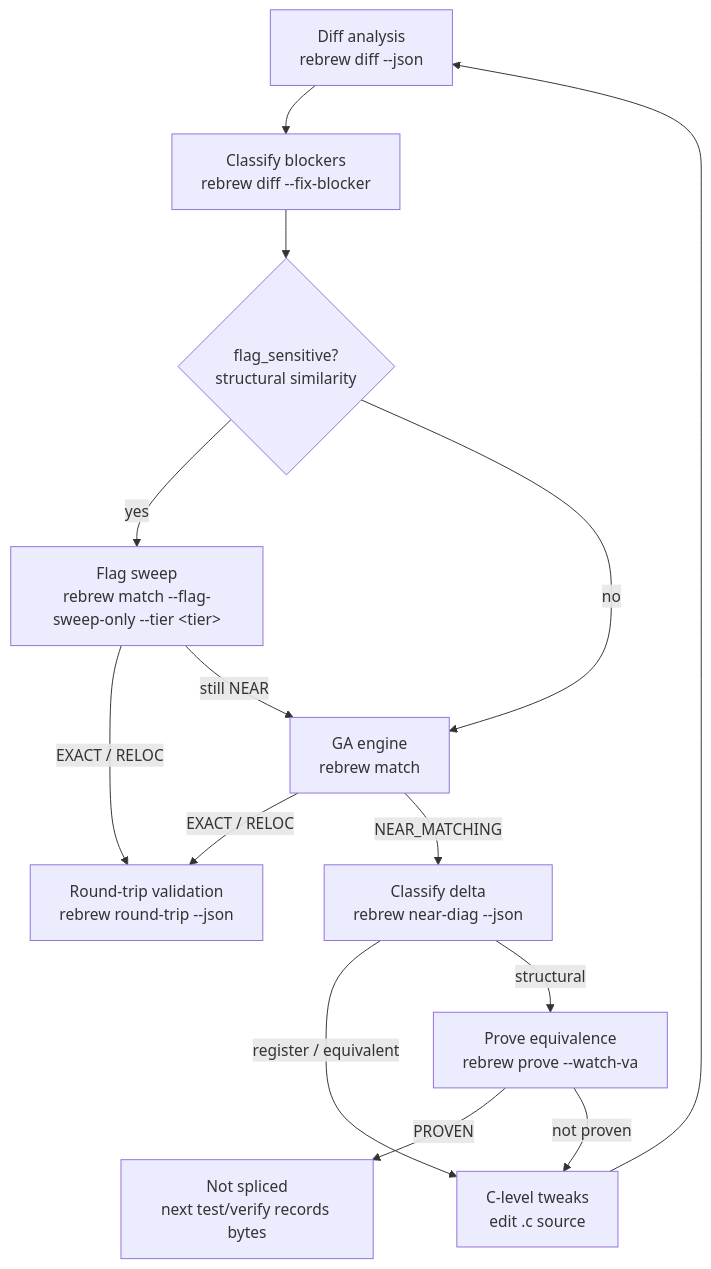
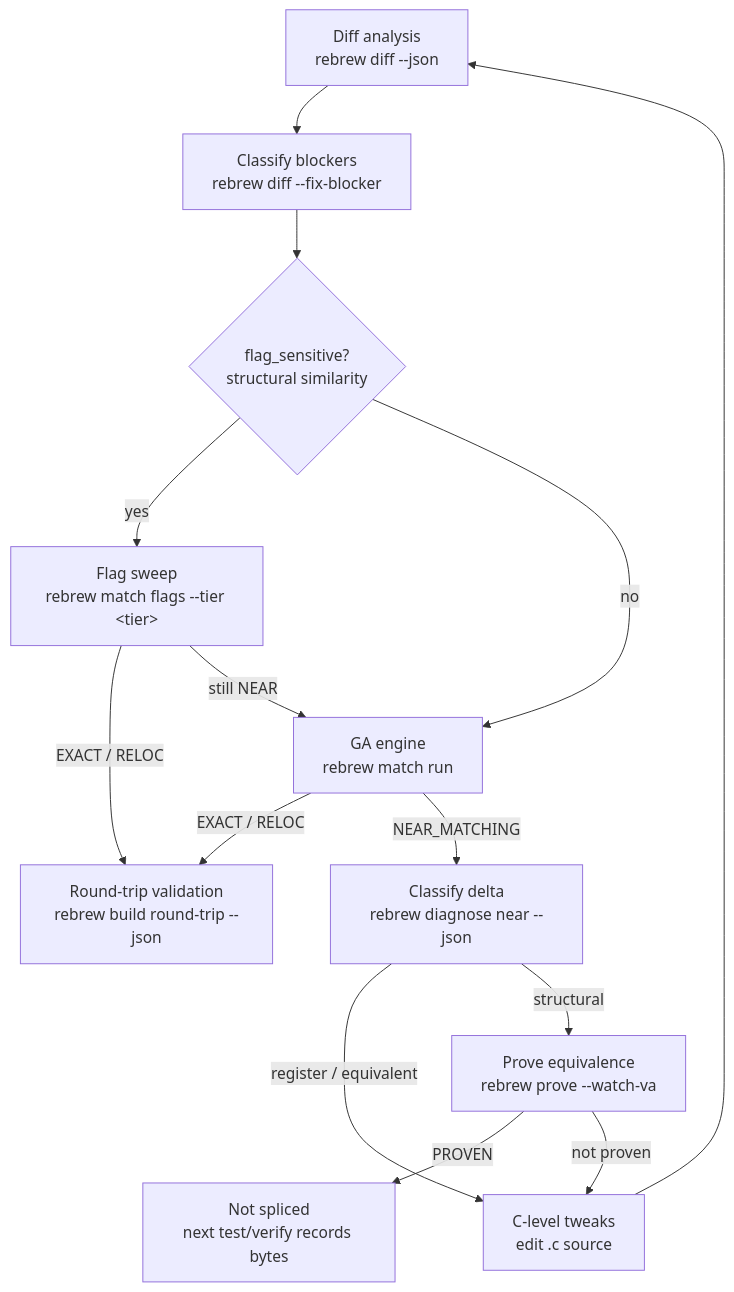
Before and after one commit to maci0/rebrew: the diagram in .agents/skills/rebrew-matching/SKILL.md, drawn with Mermaid. The commit also changed other lines of this file and 390 other files, not shown here.

````diff
--- a/.agents/skills/rebrew-matching/SKILL.md
+++ b/.agents/skills/rebrew-matching/SKILL.md
@@ -11,16 +11,16 @@
 ```mermaid
 graph TD
     Diff[Diff analysis<br/>rebrew diff --json] --> FixBlocker[Classify blockers<br/>rebrew diff --fix-blocker]
     FixBlocker --> Sensitive{flag_sensitive?<br/>structural similarity}
-    Sensitive -->|yes| Sweep[Flag sweep<br/>rebrew match --flag-sweep-only --tier &lt;tier&gt;]
-    Sensitive -->|no| Ga[GA engine<br/>rebrew match]
-    Sweep -->|EXACT / RELOC| RoundTrip[Round-trip validation<br/>rebrew round-trip --json]
+    Sensitive -->|yes| Sweep[Flag sweep<br/>rebrew match flags --tier &lt;tier&gt;]
+    Sensitive -->|no| Ga[GA engine<br/>rebrew match run]
+    Sweep -->|EXACT / RELOC| RoundTrip[Round-trip validation<br/>rebrew build round-trip --json]
     Sweep -->|still NEAR| Ga
     Ga -->|EXACT / RELOC| RoundTrip
-    Ga -->|NEAR_MATCHING| Classify[Classify delta<br/>rebrew near-diag --json]
+    Ga -->|NEAR_MATCHING| Classify[Classify delta<br/>rebrew diagnose near --json]
     Classify -->|register / equivalent| Edit[C-level tweaks<br/>edit .c source]
     Edit --> Diff
     Classify -->|structural| Prove[Prove equivalence<br/>rebrew prove --watch-va]
     Prove -->|PROVEN| Held[Not spliced<br/>next test/verify records bytes]
     Prove -->|not proven| Edit
 ```
````
